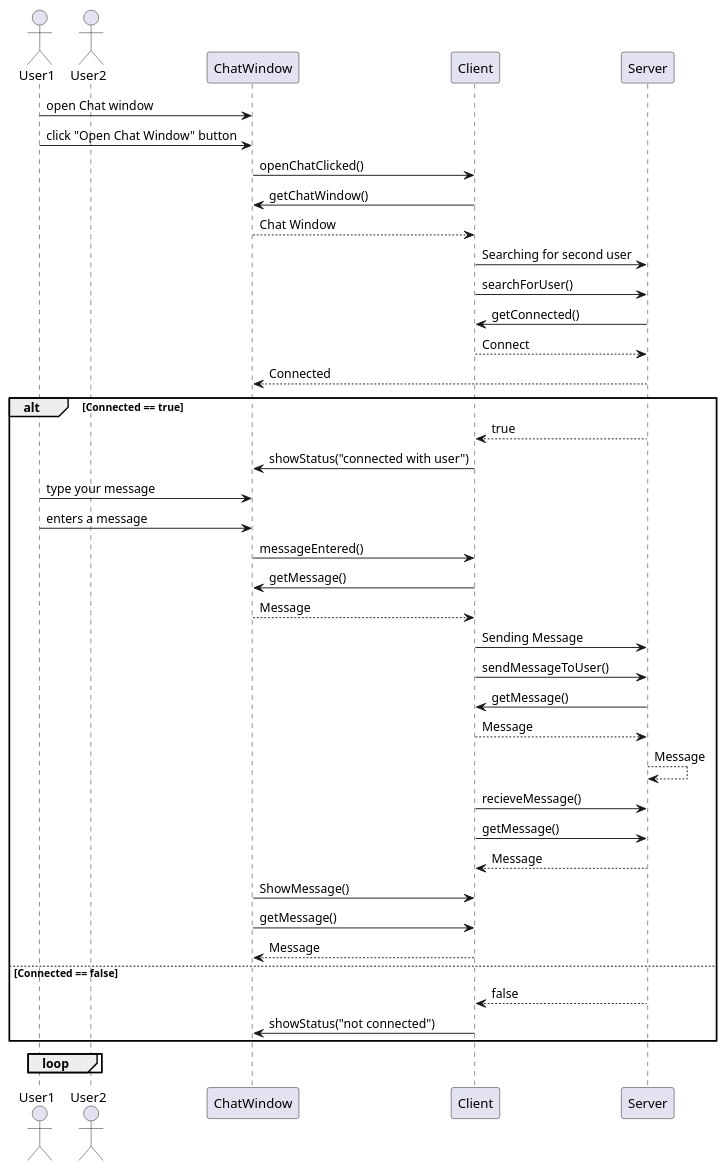
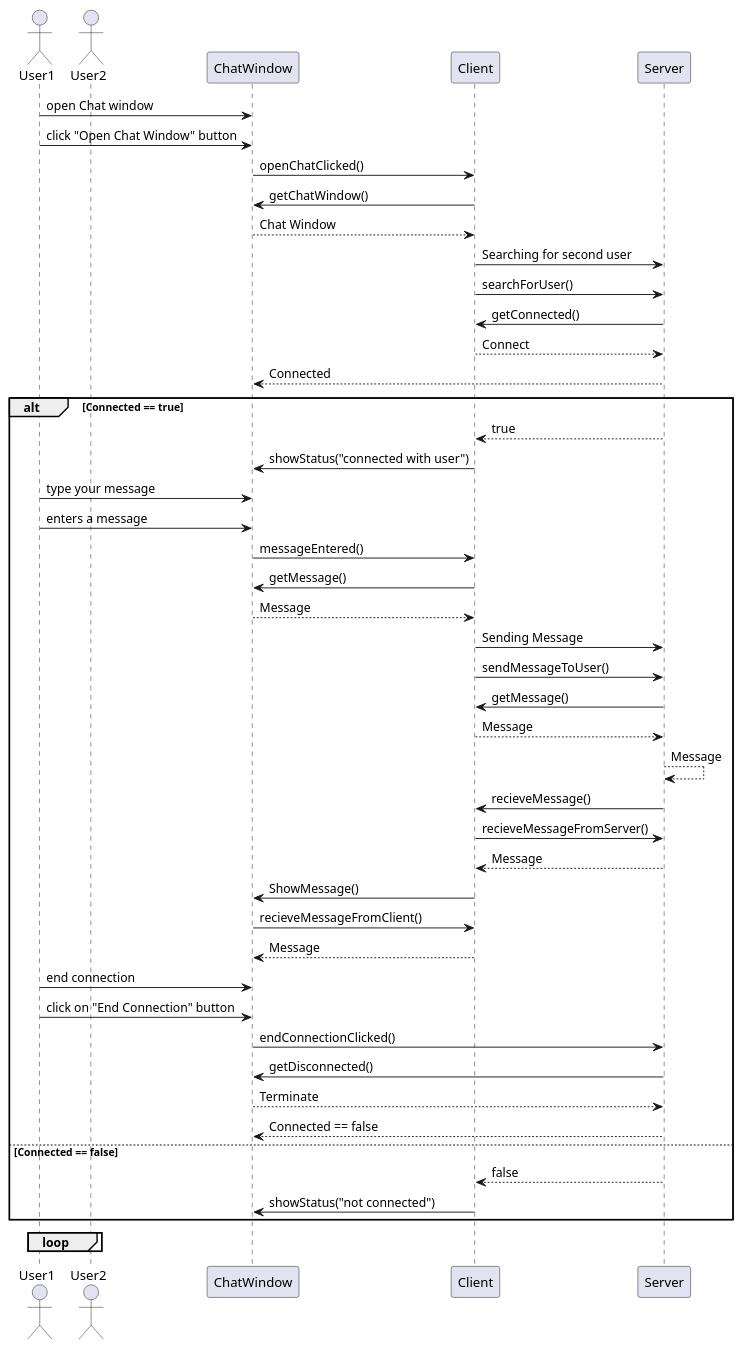
Before and after one commit to Nelle868/ChatsApp: the diagram in Sequence_Diagram.puml, drawn with PlantUML.

Commit message:
Updated Sequence_Diagram.puml
Update version from 6/1

```diff
--- a/Sequence_Diagram.puml
+++ b/Sequence_Diagram.puml
@@ -1,52 +1,60 @@
 @startuml
 
 actor User1
 actor User2
 participant ChatWindow
 participant Client
 participant Server
 
 User1 -> ChatWindow: open Chat window
 User1 -> ChatWindow: click "Open Chat Window" button
 ChatWindow -> Client: openChatClicked()
 
 Client -> ChatWindow: getChatWindow()
 ChatWindow --> Client: Chat Window
 
 Client -> Server: Searching for second user
 Client -> Server: searchForUser()
 Server -> Client: getConnected()
 Client --> Server: Connect
 
 Server --> ChatWindow: Connected
 
 alt Connected == true
    Server --> Client: true
    Client -> ChatWindow: showStatus("connected with user")
 
    User1 -> ChatWindow: type your message
    User1 -> ChatWindow: enters a message
    ChatWindow -> Client: messageEntered()
    Client -> ChatWindow: getMessage()
    ChatWindow --> Client: Message
 
    Client -> Server: Sending Message
    Client -> Server: sendMessageToUser()
    Server -> Client: getMessage()
    Client --> Server: Message
 
    Server --> Server: Message
-   Client -> Server: recieveMessage()
-   Client -> Server: getMessage()
+   Server -> Client: recieveMessage()
+   Client -> Server: recieveMessageFromServer()
    Server --> Client: Message
-   ChatWindow -> Client: ShowMessage()
-   ChatWindow -> Client: getMessage()
+   Client -> ChatWindow: ShowMessage()
+   ChatWindow -> Client: recieveMessageFromClient()
    Client --> ChatWindow: Message
+
+   User1 -> ChatWindow: end connection
+   User1 -> ChatWindow: click on "End Connection" button
+   ChatWindow -> Server: endConnectionClicked()
+   Server -> ChatWindow: getDisconnected()
+   ChatWindow --> Server: Terminate 
+   Server --> ChatWindow: Connected == false
+
 
 else Connected == false
    Server --> Client: false
    Client -> ChatWindow: showStatus("not connected")
 end
 loop
 end
 @enduml
```
